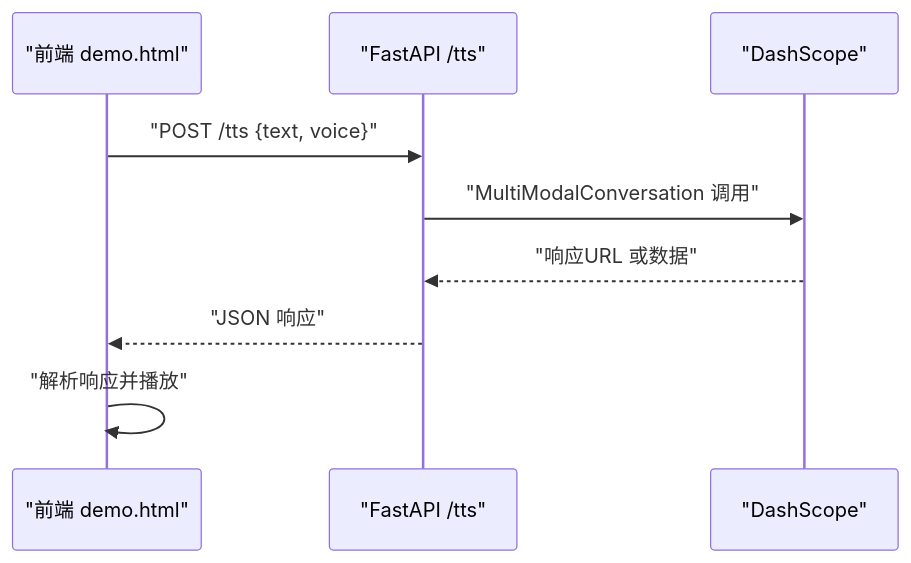
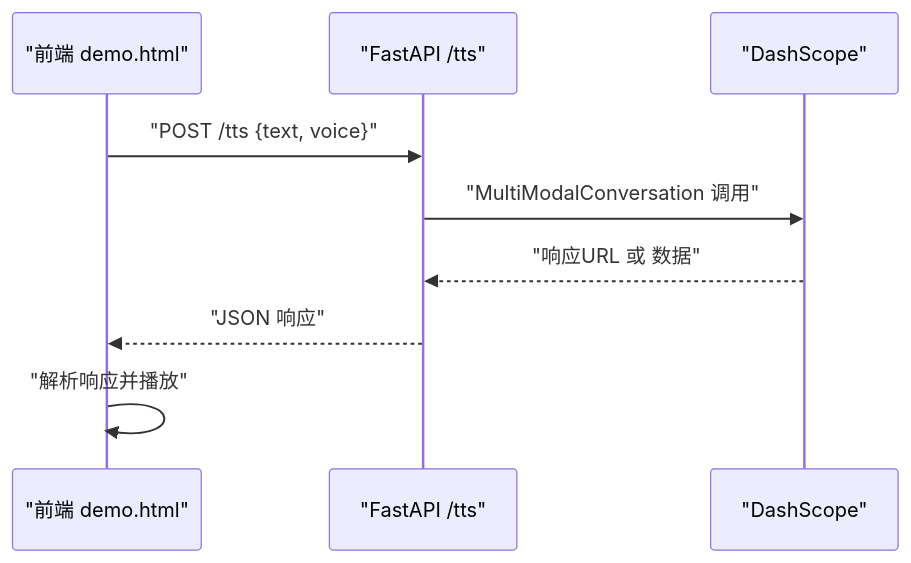
Before and after one commit to 1024dashen/Vue3Speech: the fifth of 12 diagrams in .qoder/repowiki/zh/content/开发者指南/开发者指南.md, drawn with Mermaid. The commit also changed other lines of this file and 5 other files, not shown here.

````diff
--- a/.qoder/repowiki/zh/content/开发者指南/开发者指南.md
+++ b/.qoder/repowiki/zh/content/开发者指南/开发者指南.md
@@ -259,11 +286,11 @@
 ```mermaid
 sequenceDiagram
 participant FE as "前端 demo.html"
 participant API as "FastAPI /tts"
 participant DS as "DashScope"
 FE->>API : "POST /tts {text, voice}"
 API->>DS : "MultiModalConversation 调用"
-DS-->>API : "响应URL 或数据"
+DS-->>API : "响应URL 或 数据"
 API-->>FE : "JSON 响应"
 FE->>FE : "解析响应并播放"
 ```
````
